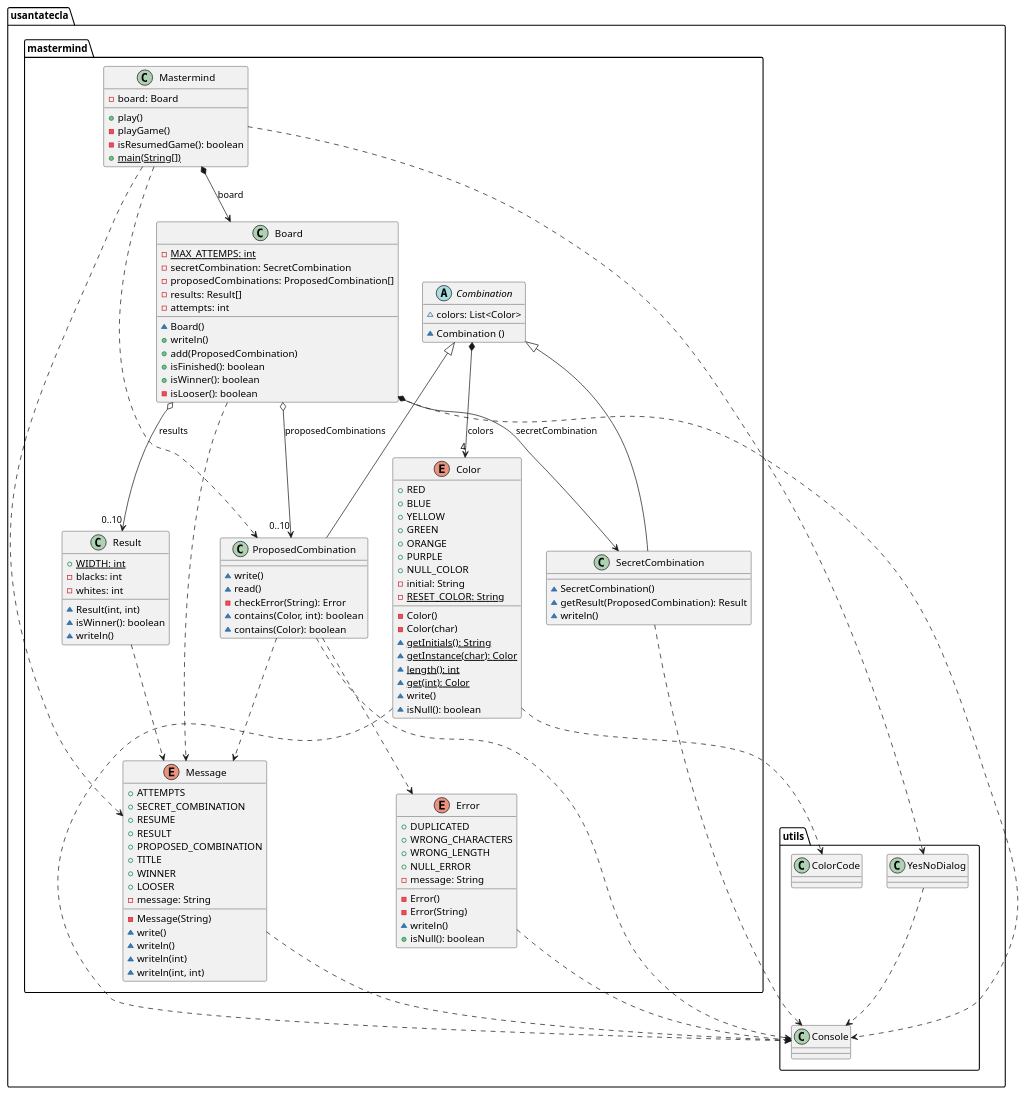
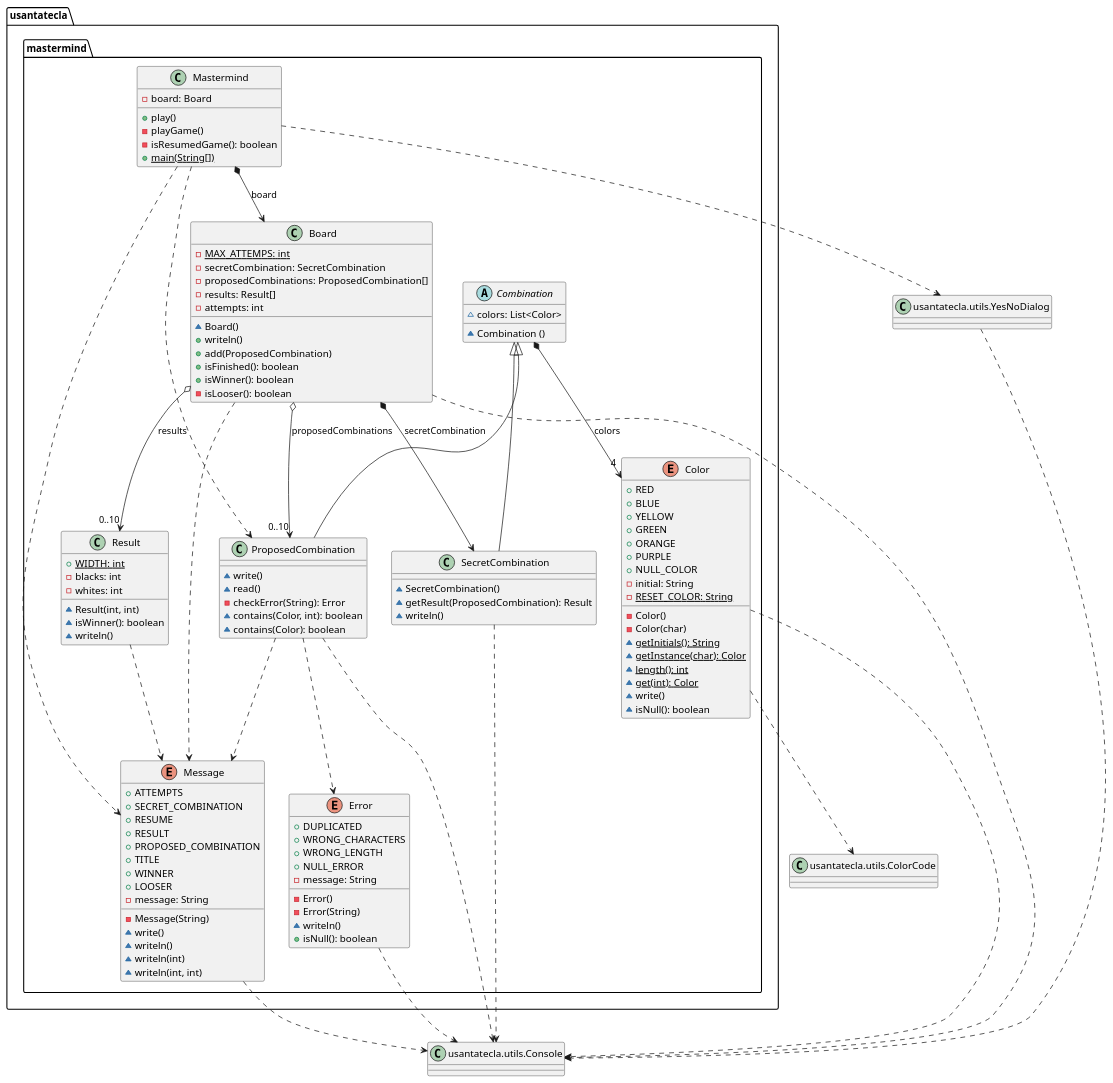
Before and after one commit to SantaTecla-mastermind/solution.java.swing.socket.sql: the first of 2 diagrams in domainModel/docs/diagrams/src/paquetes.plantuml, drawn with PlantUML. The commit also changed other lines of this file and 2 other files, not shown here.

Commit message:
Some changes in domainModel diagrams

```diff
--- a/domainModel/docs/diagrams/src/paquetes.plantuml
+++ b/domainModel/docs/diagrams/src/paquetes.plantuml
@@ -1,146 +1,150 @@
 @startuml mastermind
 package usantatecla.mastermind {
 class Mastermind {
 	- board: Board 
 	+ play()
 	- playGame()
 	- isResumedGame(): boolean 
 	+ {static} main(String[])
 }
 
 
 class Board {
   - MAX_ATTEMPS: {static} int 
   - secretCombination: SecretCombination 
   - proposedCombinations: ProposedCombination[] 
   - results: Result[] 
   - attempts: int 
   ~ Board()
   + writeln()
   + add(ProposedCombination)
   + isFinished(): boolean 
   + isWinner(): boolean 
   - isLooser(): boolean 
 }
 
 abstract class Combination {
 	~ colors: List<Color> 
 	~ Combination ()
 }
 
 class SecretCombination {
 	~ SecretCombination()
 	~ getResult(ProposedCombination): Result 
 	~ writeln()
 }
 
 class ProposedCombination {
 	~write()
 	~read()
 	- checkError(String): Error 
 	~ contains(Color, int): boolean 
 	~ contains(Color): boolean 
 }
 
 class Result{
 	+ WIDTH: {static} int 
 	- blacks: int 
 	- whites: int 
 	~ Result(int, int)
 	~ isWinner(): boolean 
 	~ writeln()
 }
 
 enum Color {
 	+ RED
 	+ BLUE
 	+ YELLOW
 	+ GREEN
 	+ ORANGE
 	+ PURPLE
 	+ NULL_COLOR
 	- initial: String 
 	- RESET_COLOR: {static} String 
 	- Color()
 	- Color(char)
 	~ {static} getInitials(): String 
 	~ {static} getInstance(char): Color
 	~ {static} length(): int 
 	~ {static} get(int): Color 
 	~ write()
 	~ isNull(): boolean 
 }
 
 enum Error {
 	+ DUPLICATED
 	+ WRONG_CHARACTERS
 	+ WRONG_LENGTH
 	+ NULL_ERROR
 	- message: String
 	- Error()
 	- Error(String)
 	~ writeln()
 	+ isNull(): boolean 
 }
 
 enum Message {
 	+ ATTEMPTS
 	+ SECRET_COMBINATION
 	+ RESUME
 	+ RESULT
 	+ PROPOSED_COMBINATION
 	+ TITLE
 	+ WINNER
 	+ LOOSER
 	- message: String 
 	- Message(String)
 	~ write()
 	~ writeln()
 	~ writeln(int)
 	~ writeln(int, int)
 }
 
 
 
 Mastermind *-down-> Board : board
 Mastermind .down.> ProposedCombination
 Board *-down-> SecretCombination : secretCombination
 Board o-down-> "0..10" ProposedCombination : proposedCombinations
 Board o-down-> "0..10" Result : results
 
 Combination *-down-> "4" Color : colors
 Combination <|-down- SecretCombination
 Combination <|-down- ProposedCombination
 ProposedCombination .down.> Error
 
 
 Mastermind .down.> Message
 Board .down.> Message
 ProposedCombination .down.> Message
 Result .down.> Message
 
 }
 
-package usantatecla.utils {
 
-class Console {
+
+class Console as "usantatecla.utils.Console" {
 
 
 }
 
-class YesNoDialog {
+class YesNoDialog as "usantatecla.utils.YesNoDialog" {
 
 }
 
+class ColorCode as "usantatecla.utils.ColorCode" {
+
 }
+
+
 
 YesNoDialog .down.> Console
 Board .down.> Console
 Color .down.> Console
-Color .down.> usantatecla.utils.ColorCode
+Color .down.> ColorCode 
 Error .down.> Console
 Message .down.> Console
 ProposedCombination .down.> Console
 SecretCombination .down.> Console
 Mastermind .down.> YesNoDialog
 @enduml
```
